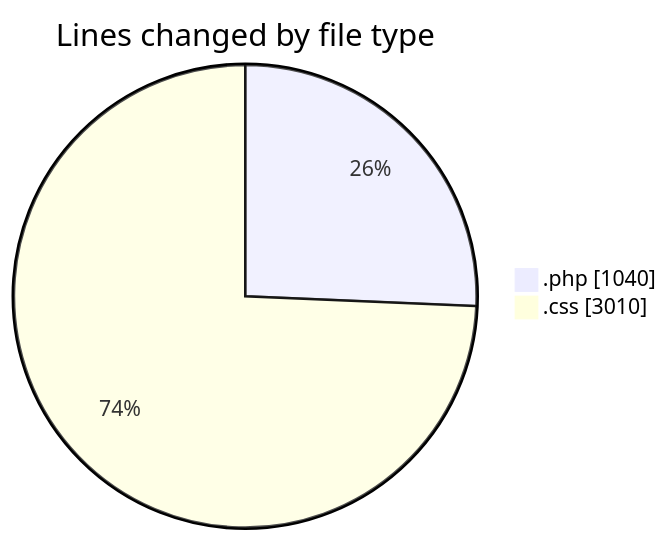
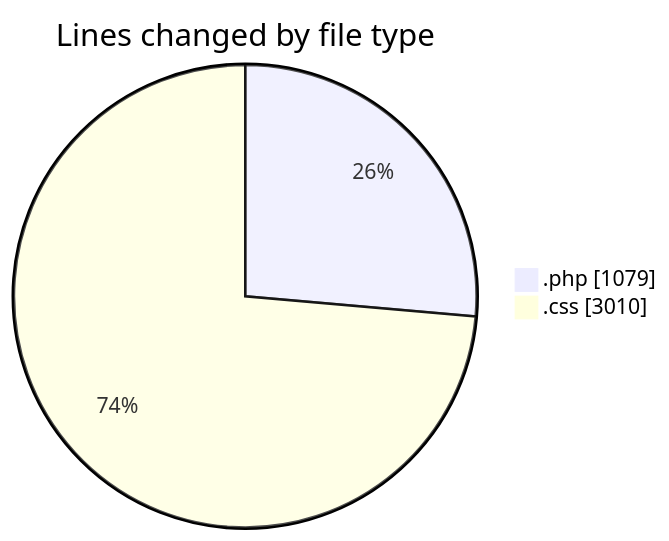
One commit to debugP/code-tracking changed the first of 2 diagrams in 2026-11-10/wp-content__workspace_/README.md. Above: the diagram before and after it, drawn with Mermaid. The commit also changed other lines of this file and 1 other file, not shown here.

````diff
--- a/2026-11-10/wp-content__workspace_/README.md
+++ b/2026-11-10/wp-content__workspace_/README.md
@@ -21,6 +21,6 @@
 ```mermaid
 pie showData
 title Lines changed by file type
-".php" : 1040
+".php" : 1079
 ".css" : 3010
 ```
````
